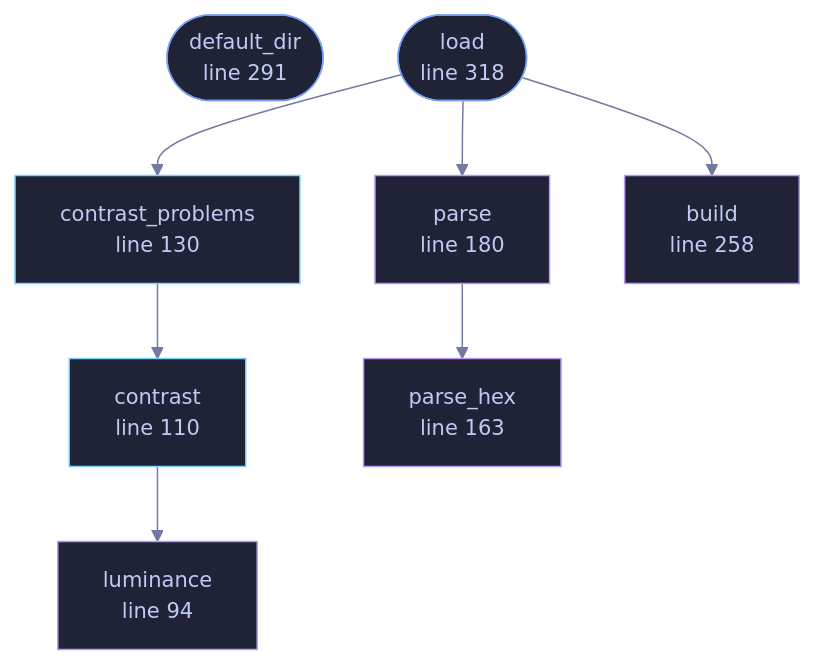
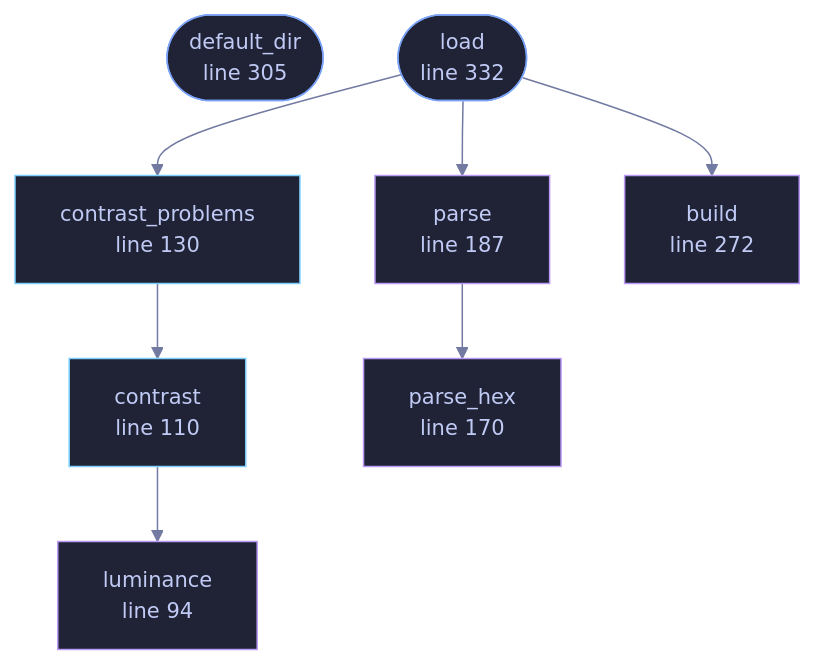
One commit to tilas01/veilvoice changed the diagram in docs/files/veilvoice-gui/palettes.md. Above: the diagram before and after it, drawn with Mermaid. The commit also changed other lines of this file and 96 other files, not shown here.

````diff
--- a/docs/files/veilvoice-gui/palettes.md
+++ b/docs/files/veilvoice-gui/palettes.md
@@ -119,32 +119,32 @@
 ```mermaid
 %%{init: {"theme":"base","themeVariables":{"background":"#1a1b26","primaryColor":"#1f2335","primaryTextColor":"#c0caf5","primaryBorderColor":"#7aa2f7","secondaryColor":"#16161e","tertiaryColor":"#16161e","lineColor":"#737aa2","textColor":"#c0caf5","mainBkg":"#1f2335","nodeBorder":"#7aa2f7","clusterBkg":"#16161e","clusterBorder":"#2f3549","fontFamily":"ui-monospace, SFMono-Regular, Consolas, monospace","fontSize":"14px"}}}%%
 flowchart TD
     n_luminance["luminance<br/>line 94"]
     n_contrast["contrast<br/>line 110"]
     n_contrast_problems["contrast_problems<br/>line 130"]
-    n_parse_hex["parse_hex<br/>line 163"]
-    n_parse["parse<br/>line 180"]
-    n_build["build<br/>line 258"]
-    n_default_dir(["default_dir<br/>line 291"])
-    n_load(["load<br/>line 318"])
+    n_parse_hex["parse_hex<br/>line 170"]
+    n_parse["parse<br/>line 187"]
+    n_build["build<br/>line 272"]
+    n_default_dir(["default_dir<br/>line 305"])
+    n_load(["load<br/>line 332"])
     n_contrast --> n_luminance
     n_contrast_problems --> n_contrast
     n_load --> n_build
     n_load --> n_contrast_problems
     n_load --> n_parse
     n_parse --> n_parse_hex
     click n_luminance href "https://github.com/tilas01/veilvoice/blob/main/crates/veilvoice-gui/src/palettes.rs#L94" "open the source"
     click n_contrast href "https://github.com/tilas01/veilvoice/blob/main/crates/veilvoice-gui/src/palettes.rs#L110" "open the source"
     click n_contrast_problems href "https://github.com/tilas01/veilvoice/blob/main/crates/veilvoice-gui/src/palettes.rs#L130" "open the source"
-    click n_parse_hex href "https://github.com/tilas01/veilvoice/blob/main/crates/veilvoice-gui/src/palettes.rs#L163" "open the source"
-    click n_parse href "https://github.com/tilas01/veilvoice/blob/main/crates/veilvoice-gui/src/palettes.rs#L180" "open the source"
-    click n_build href "https://github.com/tilas01/veilvoice/blob/main/crates/veilvoice-gui/src/palettes.rs#L258" "open the source"
-    click n_default_dir href "https://github.com/tilas01/veilvoice/blob/main/crates/veilvoice-gui/src/palettes.rs#L291" "open the source"
-    click n_load href "https://github.com/tilas01/veilvoice/blob/main/crates/veilvoice-gui/src/palettes.rs#L318" "open the source"
+    click n_parse_hex href "https://github.com/tilas01/veilvoice/blob/main/crates/veilvoice-gui/src/palettes.rs#L170" "open the source"
+    click n_parse href "https://github.com/tilas01/veilvoice/blob/main/crates/veilvoice-gui/src/palettes.rs#L187" "open the source"
+    click n_build href "https://github.com/tilas01/veilvoice/blob/main/crates/veilvoice-gui/src/palettes.rs#L272" "open the source"
+    click n_default_dir href "https://github.com/tilas01/veilvoice/blob/main/crates/veilvoice-gui/src/palettes.rs#L305" "open the source"
+    click n_load href "https://github.com/tilas01/veilvoice/blob/main/crates/veilvoice-gui/src/palettes.rs#L332" "open the source"
     classDef entry fill:#1f2335,stroke:#7aa2f7,color:#c0caf5
     class n_default_dir,n_load entry
     classDef api fill:#1f2335,stroke:#7dcfff,color:#c0caf5
     class n_contrast,n_contrast_problems api
     classDef helper fill:#1f2335,stroke:#bb9af7,color:#c0caf5
     class n_luminance,n_parse_hex,n_parse,n_build helper
 ```
````
